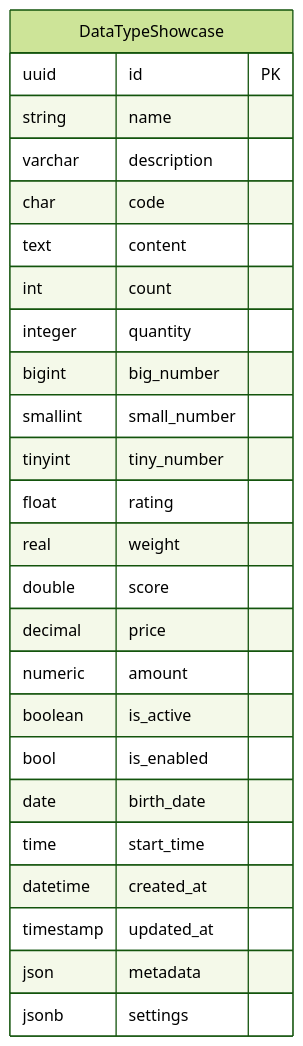
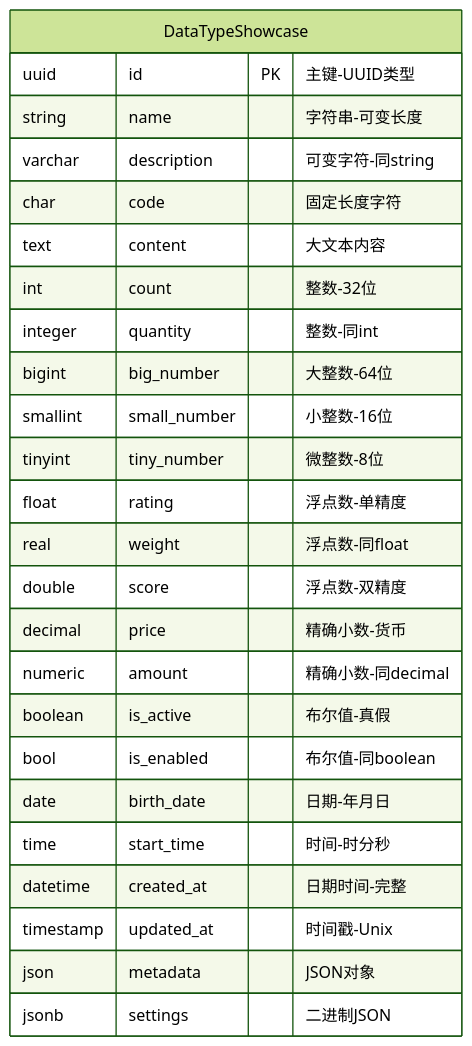
One commit to x007007007/er-generate-model changed the diagram in examples/all_data_types.mmd. Above: the diagram before and after it, drawn with Mermaid (forest theme). The commit also changed 30 other files, not shown here.

```diff
--- a/examples/all_data_types.mmd
+++ b/examples/all_data_types.mmd
@@ -1,26 +1,26 @@
 erDiagram
     DataTypeShowcase {
-        uuid id PK
-        string name
-        varchar description
-        char code
-        text content
-        int count
-        integer quantity
-        bigint big_number
-        smallint small_number
-        tinyint tiny_number
-        float rating
-        real weight
-        double score
-        decimal price
-        numeric amount
-        boolean is_active
-        bool is_enabled
-        date birth_date
-        time start_time
-        datetime created_at
-        timestamp updated_at
-        json metadata
-        jsonb settings
+        uuid id PK "主键-UUID类型"
+        string name "字符串-可变长度"
+        varchar description "可变字符-同string"
+        char code "固定长度字符"
+        text content "大文本内容"
+        int count "整数-32位"
+        integer quantity "整数-同int"
+        bigint big_number "大整数-64位"
+        smallint small_number "小整数-16位"
+        tinyint tiny_number "微整数-8位"
+        float rating "浮点数-单精度"
+        real weight "浮点数-同float"
+        double score "浮点数-双精度"
+        decimal price "精确小数-货币"
+        numeric amount "精确小数-同decimal"
+        boolean is_active "布尔值-真假"
+        bool is_enabled "布尔值-同boolean"
+        date birth_date "日期-年月日"
+        time start_time "时间-时分秒"
+        datetime created_at "日期时间-完整"
+        timestamp updated_at "时间戳-Unix"
+        json metadata "JSON对象"
+        jsonb settings "二进制JSON"
     }
```
